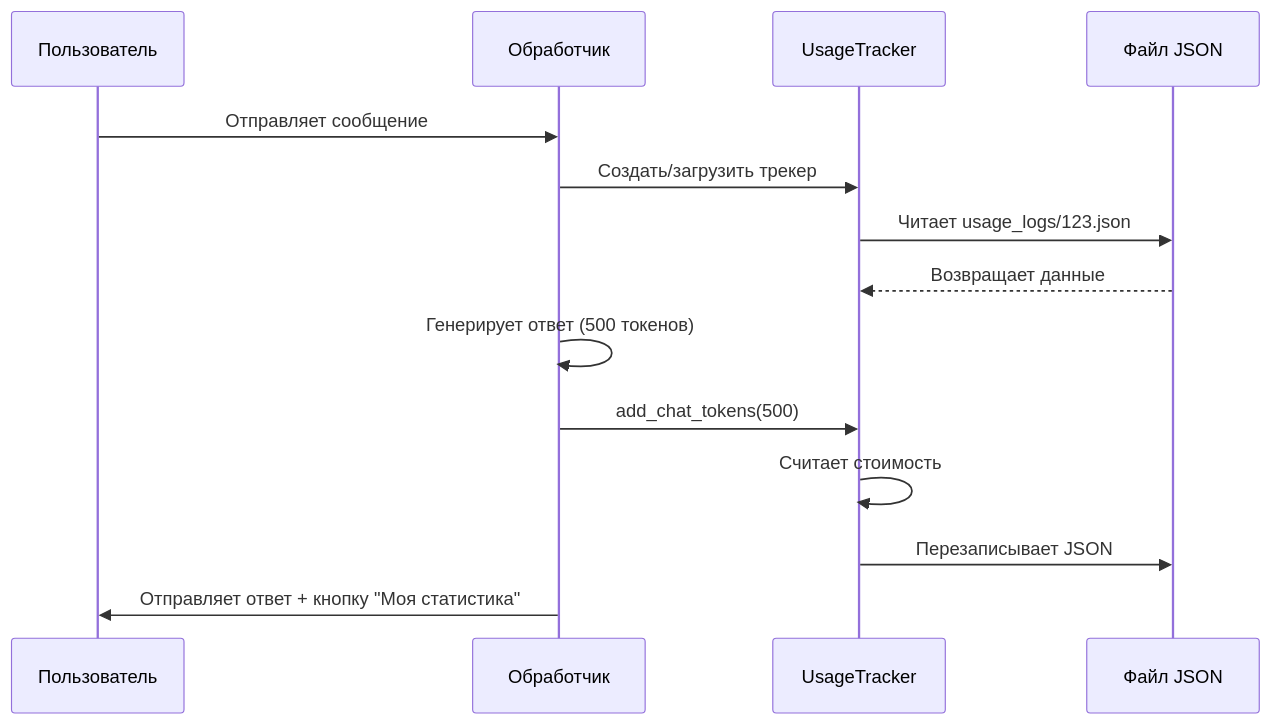
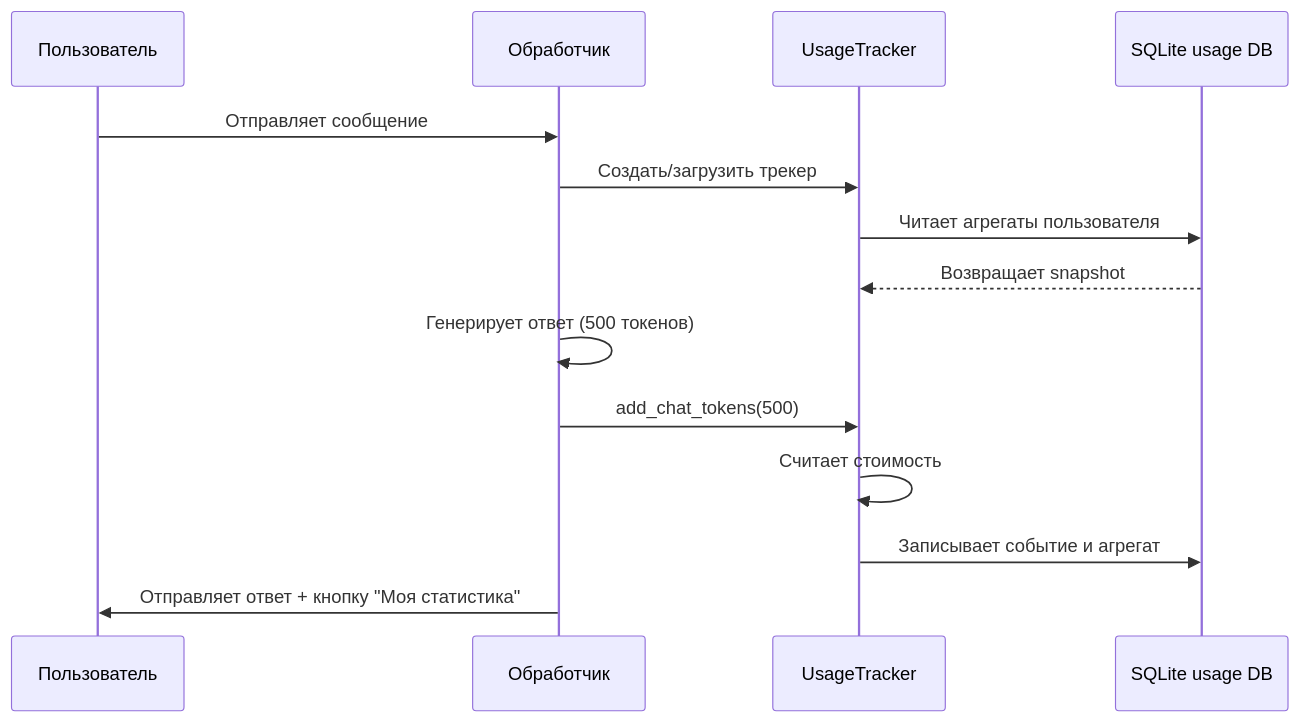
The diagram in docs/tutorial/05_отслеживание_использования.md (LKosoj/chatgpt-telegram-bot), drawn with Mermaid before and after one commit. The commit also changed other lines of this file and 89 other files, not shown here.

````diff
--- a/docs/tutorial/05_отслеживание_использования.md
+++ b/docs/tutorial/05_отслеживание_использования.md
@@ -151,20 +151,20 @@
 ```mermaid
 sequenceDiagram
     participant П as Пользователь
     participant О as Обработчик
     participant У as UsageTracker
-    participant Ф as Файл JSON
+    participant Б as SQLite usage DB
 
     П->>О: Отправляет сообщение
     О->>У: Создать/загрузить трекер
-    У->>Ф: Читает usage_logs/123.json
-    Ф-->>У: Возвращает данные
+    У->>Б: Читает агрегаты пользователя
+    Б-->>У: Возвращает snapshot
     
     О->>О: Генерирует ответ (500 токенов)
     
     О->>У: add_chat_tokens(500)
     У->>У: Считает стоимость
-    У->>Ф: Перезаписывает JSON
+    У->>Б: Записывает событие и агрегат
     
     О->>П: Отправляет ответ + кнопку "Моя статистика"
 ```
````
